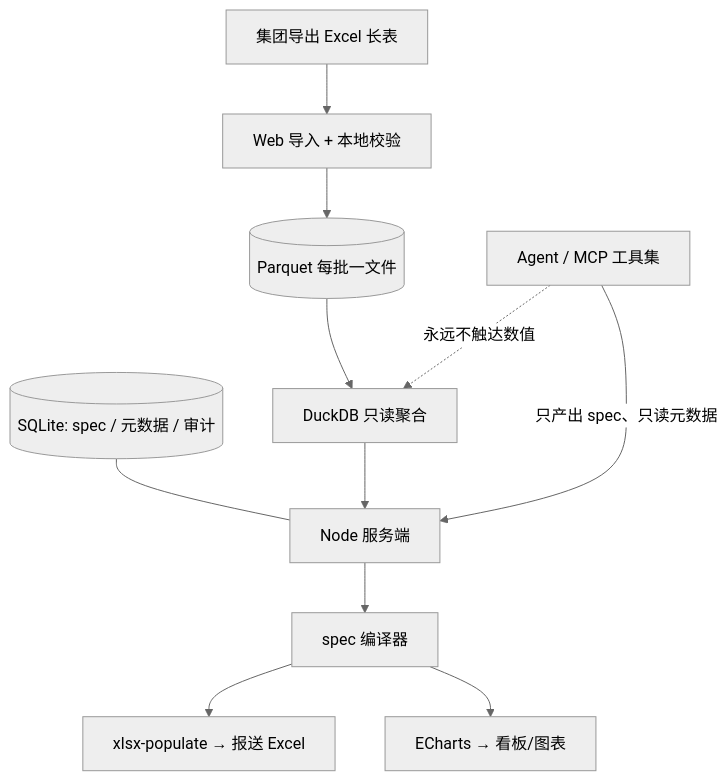
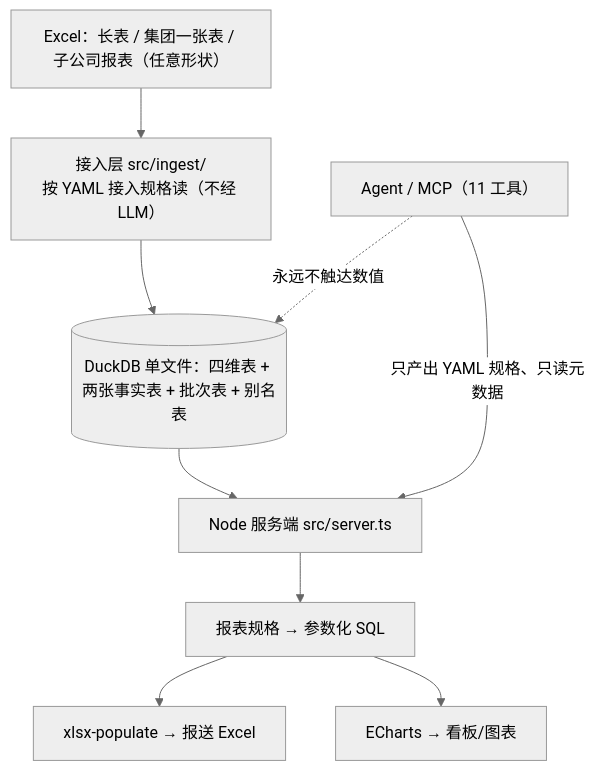
One commit to Iliyasfiel/bi-lite changed the diagram in docs/需求与架构.md. Above: the diagram before and after it, drawn with Mermaid (neutral theme). The commit also changed other lines of this file and 29 other files, not shown here.

````diff
--- a/docs/需求与架构.md
+++ b/docs/需求与架构.md
@@ -825,13 +868,11 @@
 ```mermaid
 flowchart TB
-  E[集团导出 Excel 长表] --> W[Web 导入 + 本地校验]
-  W --> PQ[(Parquet 每批一文件)]
-  PQ --> DB[DuckDB 只读聚合]
-  META[(SQLite: spec / 元数据 / 审计)] --- SERVER[Node 服务端]
-  DB --> SERVER
-  SERVER --> SPEC[spec 编译器]
+  E["Excel：长表 / 集团一张表 / 子公司报表（任意形状）"] --> ING["接入层 src/ingest/<br/>按 YAML 接入规格读（不经 LLM）"]
+  ING --> DB[("DuckDB 单文件：四维表 + 两张事实表 + 批次表 + 别名表")]
+  DB --> SERVER[Node 服务端 src/server.ts]
+  SERVER --> SPEC[报表规格 → 参数化 SQL]
   SPEC --> XLS[xlsx-populate → 报送 Excel]
   SPEC --> CH[ECharts → 看板/图表]
-  MCP[Agent / MCP 工具集] -- 只产出 spec、只读元数据 --> SERVER
+  MCP["Agent / MCP（11 工具）"] -- 只产出 YAML 规格、只读元数据 --> SERVER
   MCP -. 永远不触达数值 .-> DB
 ```
````
